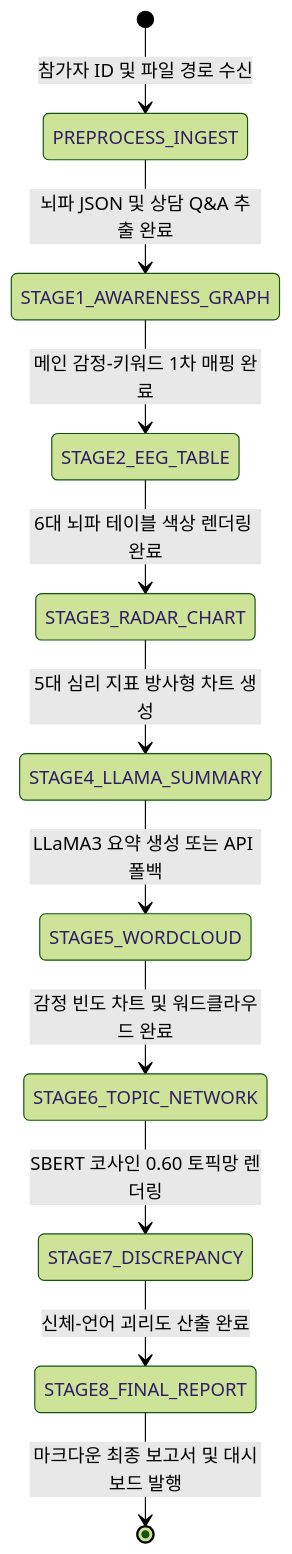
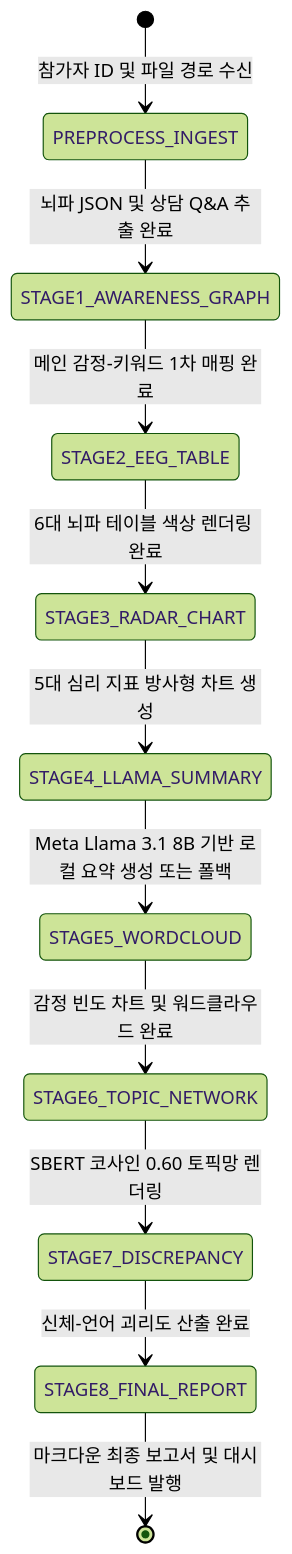
One commit to KTHYEONG/Emori changed the third of 3 diagrams in docs/architecture/system-design.md. Above: the diagram before and after it, drawn with Mermaid (forest theme). The commit also changed other lines of this file, not shown here.

Commit message:
Align system design with actual Meta Llama model roles

````diff
--- a/docs/architecture/system-design.md
+++ b/docs/architecture/system-design.md
@@ -110,13 +114,13 @@
 ```mermaid
 stateDiagram-v2
     [*] --> PREPROCESS_INGEST: 참가자 ID 및 파일 경로 수신
     PREPROCESS_INGEST --> STAGE1_AWARENESS_GRAPH: 뇌파 JSON 및 상담 Q&A 추출 완료
     STAGE1_AWARENESS_GRAPH --> STAGE2_EEG_TABLE: 메인 감정-키워드 1차 매핑 완료
     STAGE2_EEG_TABLE --> STAGE3_RADAR_CHART: 6대 뇌파 테이블 색상 렌더링 완료
     STAGE3_RADAR_CHART --> STAGE4_LLAMA_SUMMARY: 5대 심리 지표 방사형 차트 생성
-    STAGE4_LLAMA_SUMMARY --> STAGE5_WORDCLOUD: LLaMA3 요약 생성 또는 API 폴백
+    STAGE4_LLAMA_SUMMARY --> STAGE5_WORDCLOUD: Meta Llama 3.1 8B 기반 로컬 요약 생성 또는 폴백
     STAGE5_WORDCLOUD --> STAGE6_TOPIC_NETWORK: 감정 빈도 차트 및 워드클라우드 완료
     STAGE6_TOPIC_NETWORK --> STAGE7_DISCREPANCY: SBERT 코사인 0.60 토픽망 렌더링
     STAGE7_DISCREPANCY --> STAGE8_FINAL_REPORT: 신체-언어 괴리도 산출 완료
     STAGE8_FINAL_REPORT --> [*]: 마크다운 최종 보고서 및 대시보드 발행
 ```
````
